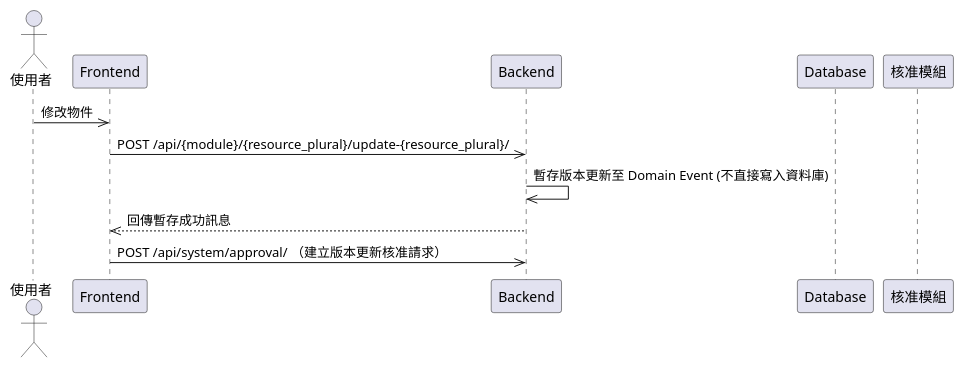
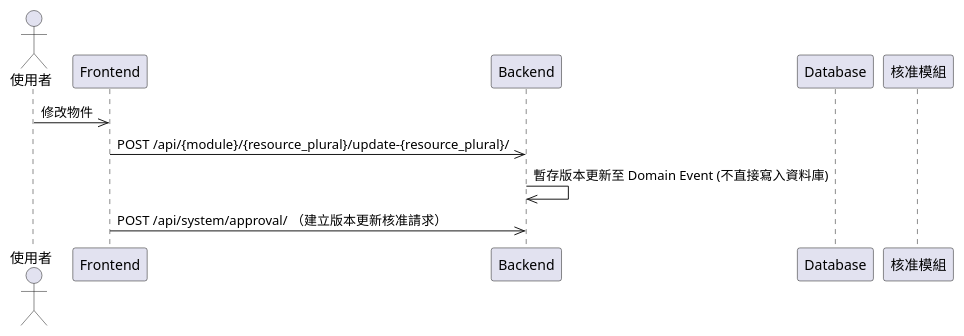
Before and after one commit to walle45611/NTUB_SecuManag_Diagram: the diagram in plantUML/sequence/verison_create.puml, drawn with PlantUML. The commit also changed 4 other files, not shown here.

Commit message:
feat: 更新流程圖，將資料暫存至 Domain Event 以改善資產與設定的核准流程

```diff
--- a/plantUML/sequence/verison_create.puml
+++ b/plantUML/sequence/verison_create.puml
@@ -1,13 +1,12 @@
 @startuml
 actor User as "使用者"
 participant Frontend
 participant Backend
 participant Database
 participant Approval as "核准模組"
 
 User->>Frontend: 修改物件
 Frontend->>Backend: POST /api/{module}/{resource_plural}/update-{resource_plural}/
 Backend->>Backend: 暫存版本更新至 Domain Event (不直接寫入資料庫)
-Backend-->>Frontend: 回傳暫存成功訊息
 Frontend ->> Backend: POST /api/system/approval/ （建立版本更新核准請求）
 @enduml
```
